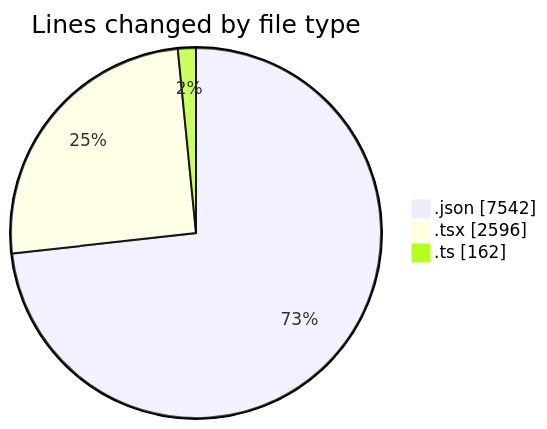
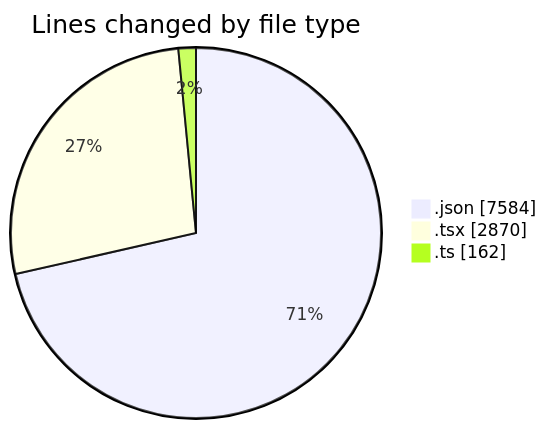
Before and after one commit to CELIANVF/code-tracking: the first of 2 diagrams in 2025-06-10/ecodeli-1/README.md, drawn with Mermaid. The commit also changed other lines of this file and 1 other file, not shown here.

````diff
--- a/2025-06-10/ecodeli-1/README.md
+++ b/2025-06-10/ecodeli-1/README.md
@@ -30,7 +32,7 @@
 ```mermaid
 pie showData
 title Lines changed by file type
-".json" : 7542
-".tsx" : 2596
+".json" : 7584
+".tsx" : 2870
 ".ts" : 162
 ```
````
